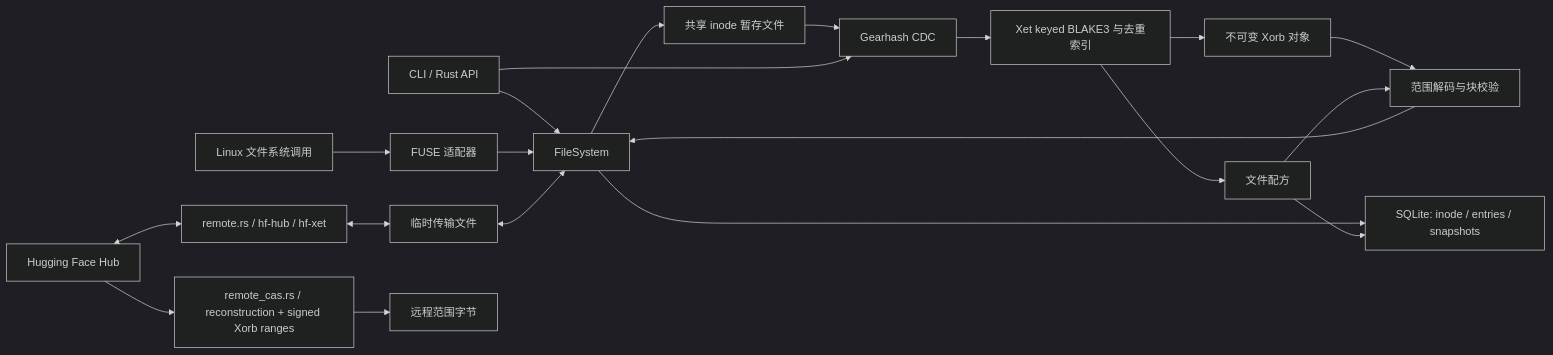
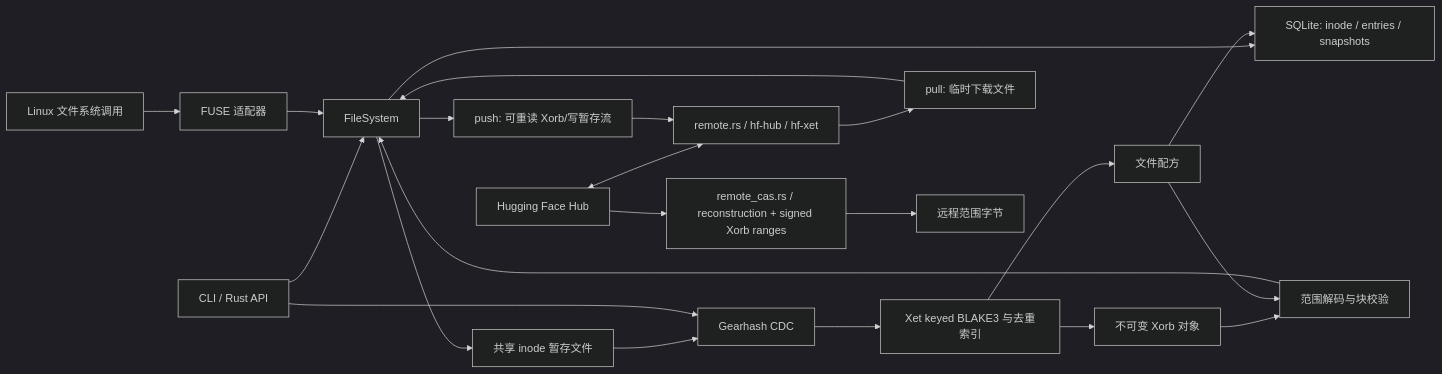
The diagram in ARCHITECTURE.md (trotsky1997/xetfs), drawn with Mermaid (dark theme) before and after one commit. The commit also changed other lines of this file and 7 other files, not shown here.

````diff
--- a/ARCHITECTURE.md
+++ b/ARCHITECTURE.md
@@ -7,22 +7,24 @@
 ```mermaid
 flowchart LR
   A[Linux 文件系统调用] --> B[FUSE 适配器]
   C[CLI / Rust API] --> D[FileSystem]
   B --> D
   D --> E[共享 inode 暂存文件]
   E --> F[Gearhash CDC]
   C --> F
   F --> G[Xet keyed BLAKE3 与去重索引]
   G --> H[不可变 Xorb 对象]
   G --> I[文件配方]
   D --> J[SQLite: inode / entries / snapshots]
   I --> J
   H --> K[范围解码与块校验]
   I --> K
   K --> D
   L[Hugging Face Hub] <--> M[remote.rs / hf-hub / hf-xet]
-  M <--> N[临时传输文件]
-  N <--> D
+  M --> N[pull: 临时下载文件]
+  N --> D
+  D --> Q[push: 可重读 Xorb/写暂存流]
+  Q --> M
   L --> O[remote_cas.rs / reconstruction + signed Xorb ranges]
   O --> P[远程范围字节]
 ```
````
